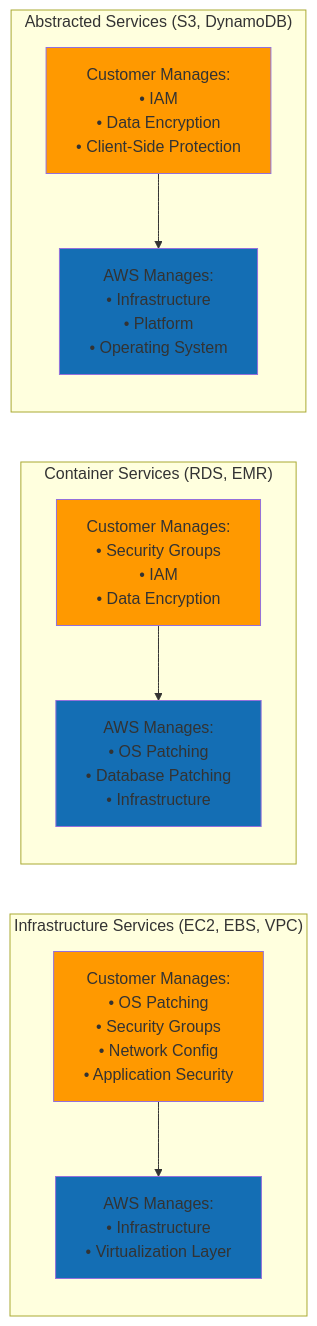
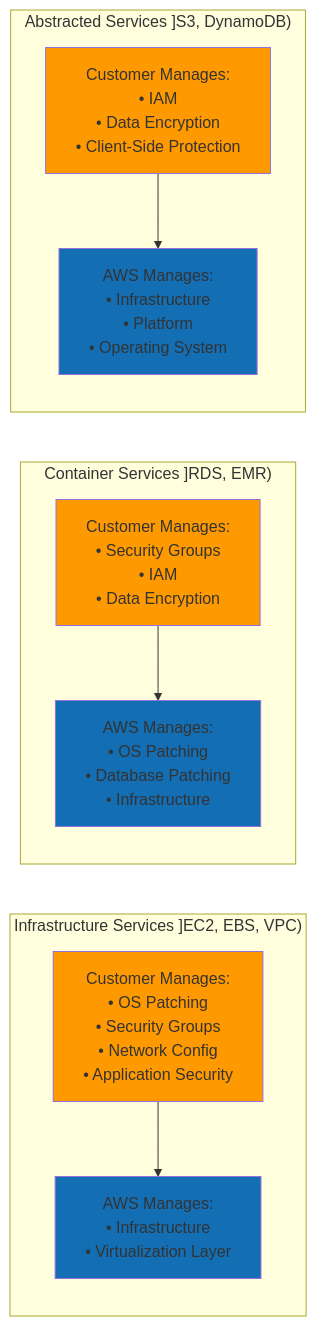
One commit to pilotworks/AWS-Certified-Solutions-Architect-Associate-SAA-C03 changed the seventh of 15 diagrams in docs/01-AWS-Fundamentals/DIAGRAMS.md. Above: the diagram before and after it, drawn with Mermaid. The commit also changed other lines of this file and 79 other files, not shown here.

````diff
--- a/docs/01-AWS-Fundamentals/DIAGRAMS.md
+++ b/docs/01-AWS-Fundamentals/DIAGRAMS.md
@@ -269,37 +269,37 @@
 ```mermaid
 graph LR
-    subgraph Infrastructure_Services_EC2_EBS_VPC_Group["Infrastructure Services (EC2, EBS, VPC)"]
+    subgraph Infrastructure_Services_EC2_EBS_VPC_Group["Infrastructure Services ]EC2, EBS, VPC)"]
         direction TB
         I1["Customer Manages:<br/>• OS Patching<br/>• Security Groups<br/>• Network Config<br/>• Application Security"]
         I2["AWS Manages:<br/>• Infrastructure<br/>• Virtualization Layer"]
     end
     
-    subgraph Container_Services_RDS_EMR_Group["Container Services (RDS, EMR)"]
+    subgraph Container_Services_RDS_EMR_Group["Container Services ]RDS, EMR)"]
         direction TB
         Co1["Customer Manages:<br/>• Security Groups<br/>• IAM<br/>• Data Encryption"]
         Co2["AWS Manages:<br/>• OS Patching<br/>• Database Patching<br/>• Infrastructure"]
     end
     
-    subgraph Abstracted_Services_S3_DynamoDB_Group["Abstracted Services (S3, DynamoDB)"]
+    subgraph Abstracted_Services_S3_DynamoDB_Group["Abstracted Services ]S3, DynamoDB)"]
         direction TB
         A1["Customer Manages:<br/>• IAM<br/>• Data Encryption<br/>• Client-Side Protection"]
         A2["AWS Manages:<br/>• Infrastructure<br/>• Platform<br/>• Operating System"]
     end
     
     I1 --> I2
     Co1 --> Co2
     A1 --> A2
     
     classDef style1 fill:#FF9900
     class I1 style1
     classDef style2 fill:#FF9900
     class Co1 style2
     classDef style3 fill:#FF9900
     class A1 style3
     classDef style4 fill:#146EB4
     class I2 style4
     classDef style5 fill:#146EB4
     class Co2 style5
     classDef style6 fill:#146EB4
     class A2 style6
 ```
````
